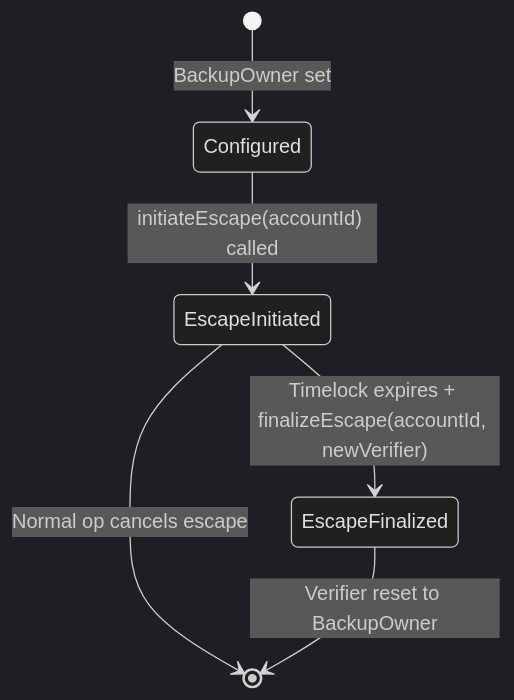
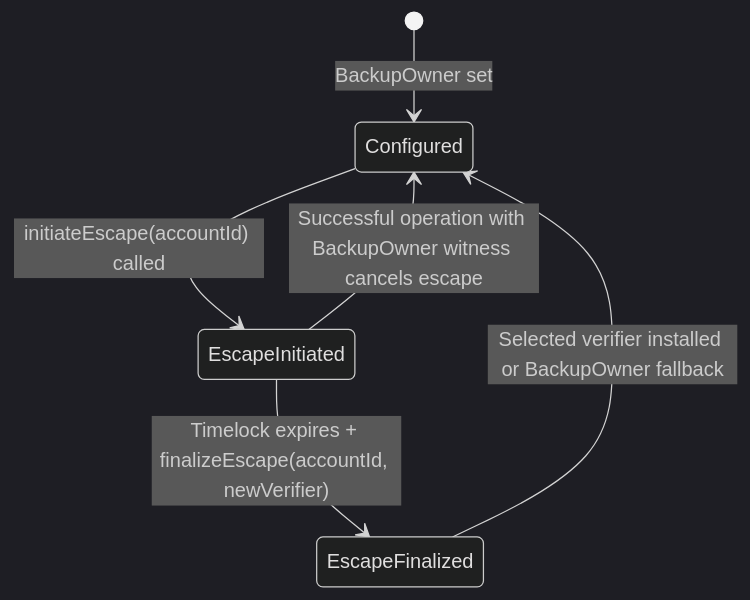
Before and after one commit to r3e-network/neo-os-aa: the diagram in docs/PROTOCOL_COMPLETENESS_AUDIT.md, drawn with Mermaid (dark theme). The commit also changed other lines of this file and 4 other files, not shown here.

````diff
--- a/docs/PROTOCOL_COMPLETENESS_AUDIT.md
+++ b/docs/PROTOCOL_COMPLETENESS_AUDIT.md
@@ -135,8 +128,8 @@
 ```mermaid
 stateDiagram-v2
     [*] --> Configured: BackupOwner set
     Configured --> EscapeInitiated: initiateEscape(accountId) called
-    EscapeInitiated --> [*]: Normal op cancels escape
+    EscapeInitiated --> Configured: Successful operation with BackupOwner witness cancels escape
     EscapeInitiated --> EscapeFinalized: Timelock expires + finalizeEscape(accountId, newVerifier)
-    EscapeFinalized --> [*]: Verifier reset to BackupOwner
+    EscapeFinalized --> Configured: Selected verifier installed or BackupOwner fallback
 ```
````
